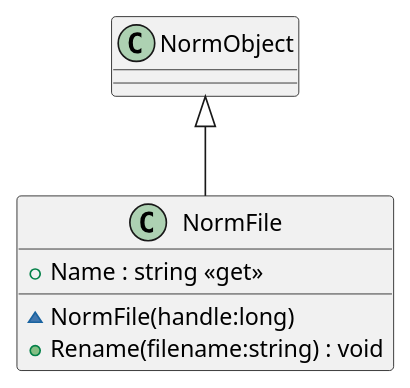
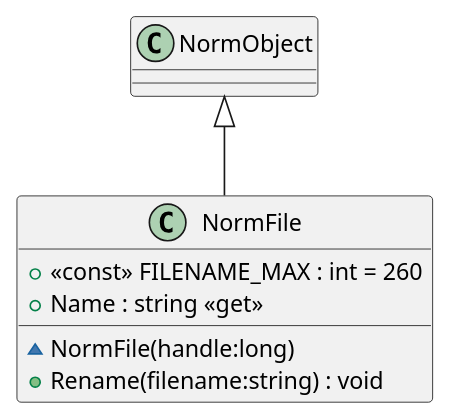
One commit to USNavalResearchLaboratory/norm changed the diagram in src/dotnet/design/Mil/Navy/Nrl/Norm/NormFile.puml. Above: the diagram before and after it, drawn with PlantUML. The commit also changed 41 other files, not shown here.

```diff
--- a/src/dotnet/design/Mil/Navy/Nrl/Norm/NormFile.puml
+++ b/src/dotnet/design/Mil/Navy/Nrl/Norm/NormFile.puml
@@ -1,8 +1,9 @@
 @startuml
 class NormFile {
+    + <<const>> FILENAME_MAX : int = 260
     ~ NormFile(handle:long)
     + Name : string <<get>>
     + Rename(filename:string) : void
 }
 NormObject <|-- NormFile
 @enduml
```
